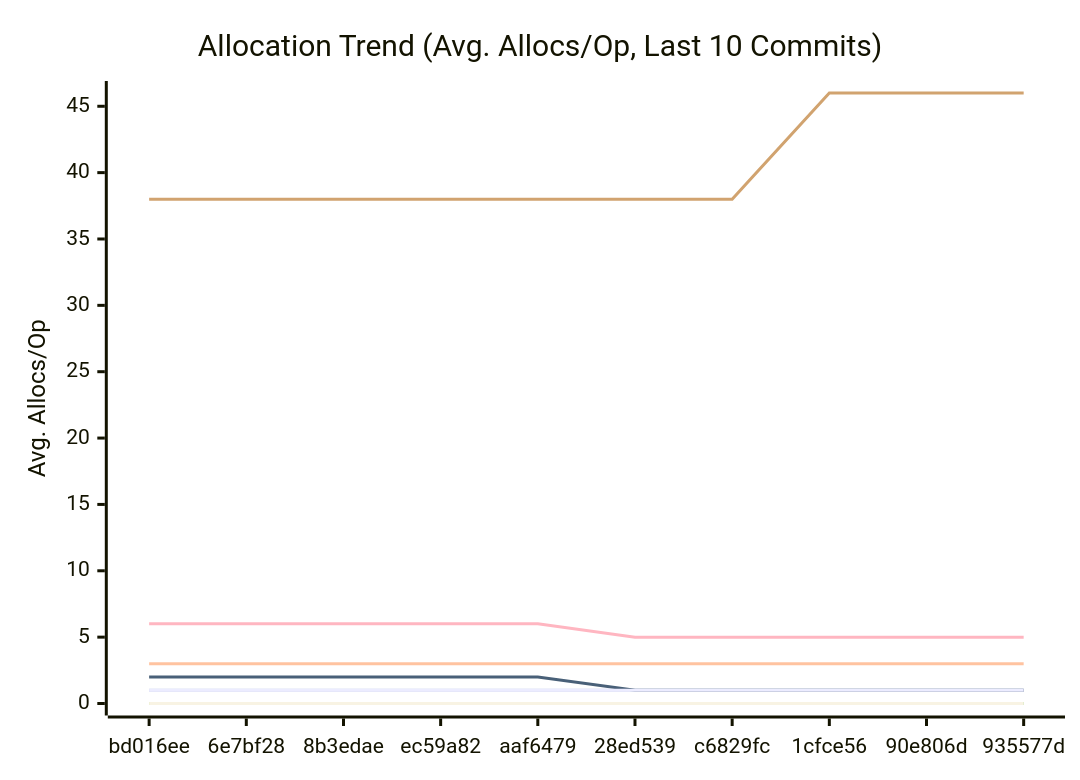
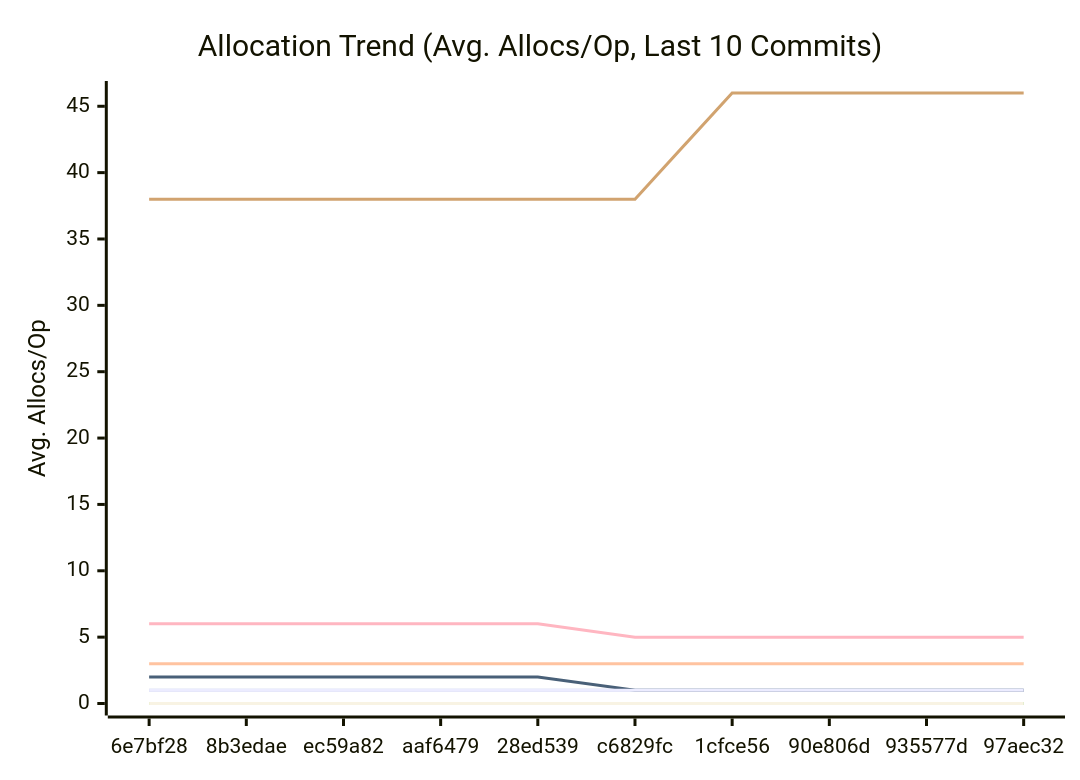
One commit to alsotoes/momo changed the third of 3 diagrams in docs/PERFORMANCE.md. Above: the diagram before and after it, drawn with Mermaid. The commit also changed other lines of this file and 2 other files, not shown here.

````diff
--- a/docs/PERFORMANCE.md
+++ b/docs/PERFORMANCE.md
@@ -176,18 +176,18 @@
 ```mermaid
 xychart-beta
     title "Allocation Trend (Avg. Allocs/Op, Last 10 Commits)"
     x-axis "Commit"
     y-axis "Avg. Allocs/Op"
-    x-axis [bd016ee,6e7bf28,8b3edae,ec59a82,aaf6479,28ed539,c6829fc,1cfce56,90e806d,935577d]
+    x-axis [6e7bf28,8b3edae,ec59a82,aaf6479,28ed539,c6829fc,1cfce56,90e806d,935577d,97aec32]
     line "CheckMetricsAndSwap" [0,0,0,0,0,0,0,0,0,0]
     line "CrushOptimized" [0,0,0,0,0,0,0,0,0,0]
     line "CrushOriginal" [3,3,3,3,3,3,3,3,3,3]
     line "IndexDirectTracking" [0,0,0,0,0,0,0,0,0,0]
     line "IndexSearch" [0,0,0,0,0,0,0,0,0,0]
-    line "LoadGlobalConfig" [38,38,38,38,38,38,38,46,46,46]
+    line "LoadGlobalConfig" [38,38,38,38,38,38,46,46,46,46]
     line "PadString" [1,1,1,1,1,1,1,1,1,1]
     line "ParseReplicationOrder_NoPrealloc" [6,6,6,6,6,5,5,5,5,5]
     line "ParseReplicationOrder_Prealloc" [2,2,2,2,2,1,1,1,1,1]
     line "SanitizeLog/Safe" [0,0,0,0,0,0,0,0,0,0]
     line "SanitizeLog/Unsafe" [1,1,1,1,1,1,1,1,1,1]
 ```
````
